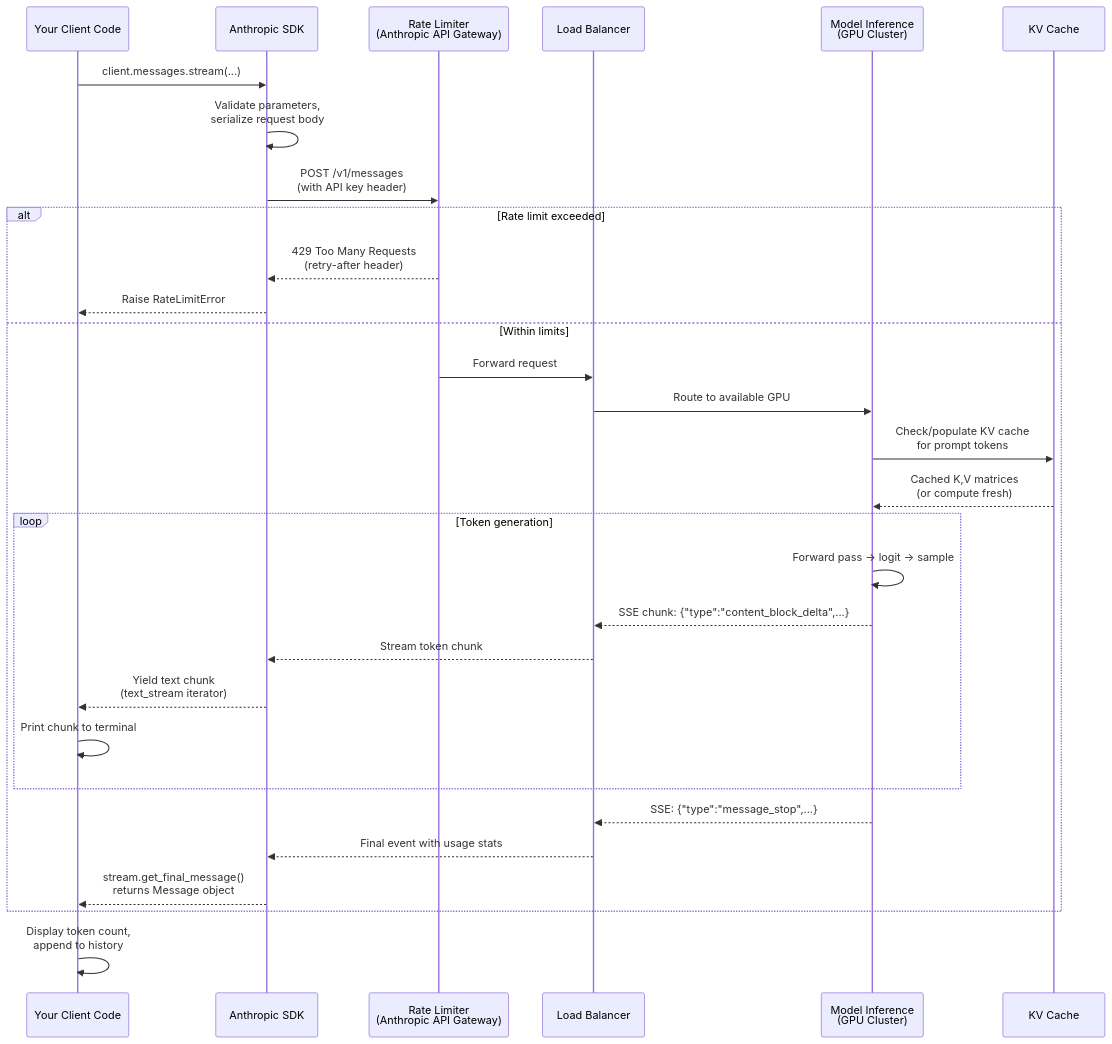
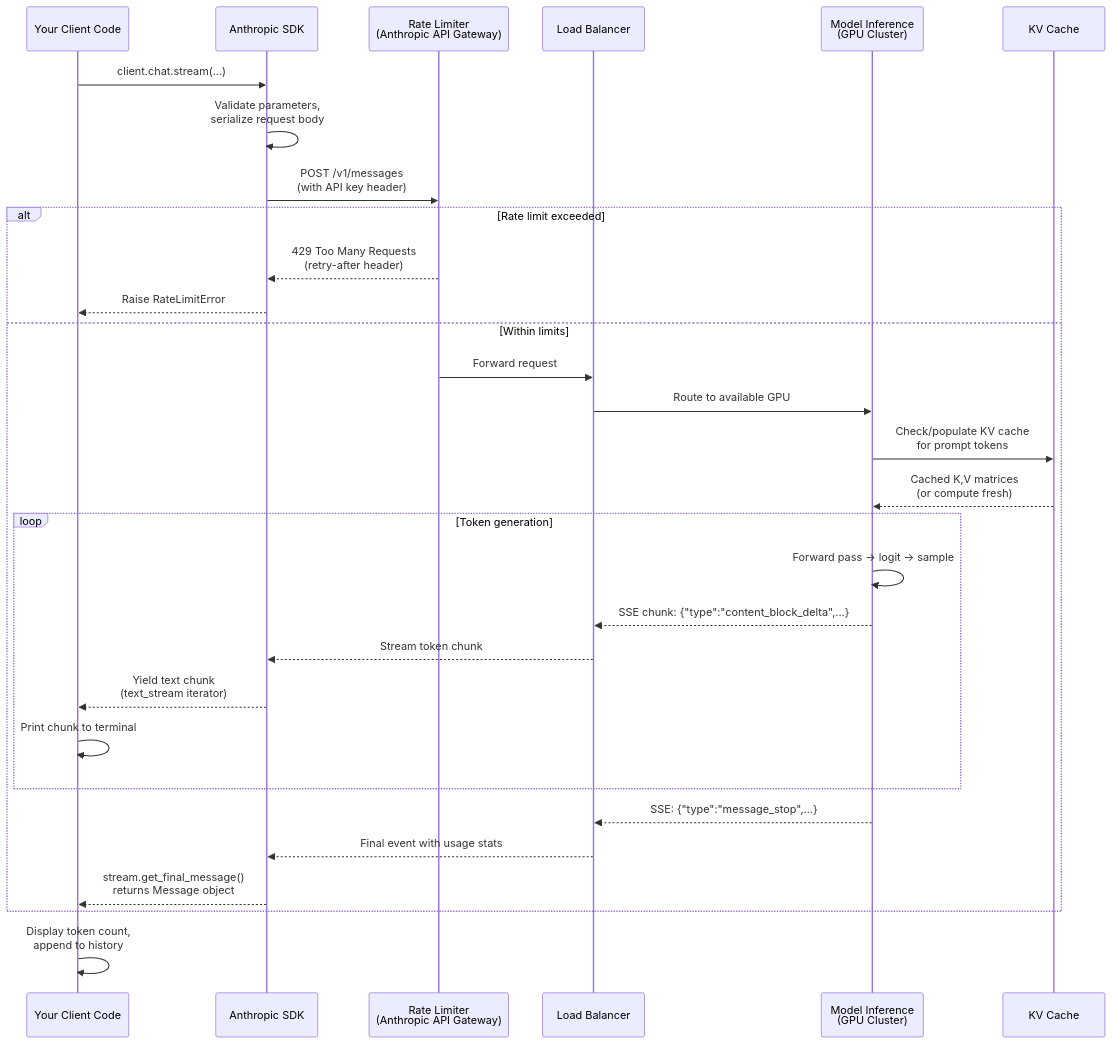
One commit to DevBuildStudio/mastering-ai-course changed the eighth of 8 diagrams in course1/week1-llm-foundations.md. Above: the diagram before and after it, drawn with Mermaid. The commit also changed other lines of this file and 35 other files, not shown here.

````diff
--- a/course1/week1-llm-foundations.md
+++ b/course1/week1-llm-foundations.md
@@ -396,37 +601,37 @@
 ```mermaid
 sequenceDiagram
     participant C as Your Client Code
     participant SDK as Anthropic SDK
     participant RL as Rate Limiter<br/>(Anthropic API Gateway)
     participant LB as Load Balancer
     participant M as Model Inference<br/>(GPU Cluster)
     participant KV as KV Cache
 
-    C->>SDK: client.messages.stream(...)
+    C->>SDK: client.chat.stream(...)
     SDK->>SDK: Validate parameters,<br/>serialize request body
     SDK->>RL: POST /v1/messages<br/>(with API key header)
 
     alt Rate limit exceeded
         RL-->>SDK: 429 Too Many Requests<br/>(retry-after header)
         SDK-->>C: Raise RateLimitError
     else Within limits
         RL->>LB: Forward request
         LB->>M: Route to available GPU
         M->>KV: Check/populate KV cache<br/>for prompt tokens
         KV-->>M: Cached K,V matrices<br/>(or compute fresh)
 
         loop Token generation
             M->>M: Forward pass → logit → sample
             M-->>LB: SSE chunk: {"type":"content_block_delta",...}
             LB-->>SDK: Stream token chunk
             SDK-->>C: Yield text chunk<br/>(text_stream iterator)
             C->>C: Print chunk to terminal
         end
 
         M-->>LB: SSE: {"type":"message_stop",...}
         LB-->>SDK: Final event with usage stats
         SDK-->>C: stream.get_final_message()<br/>returns Message object
     end
 
     C->>C: Display token count,<br/>append to history
 ```
````
